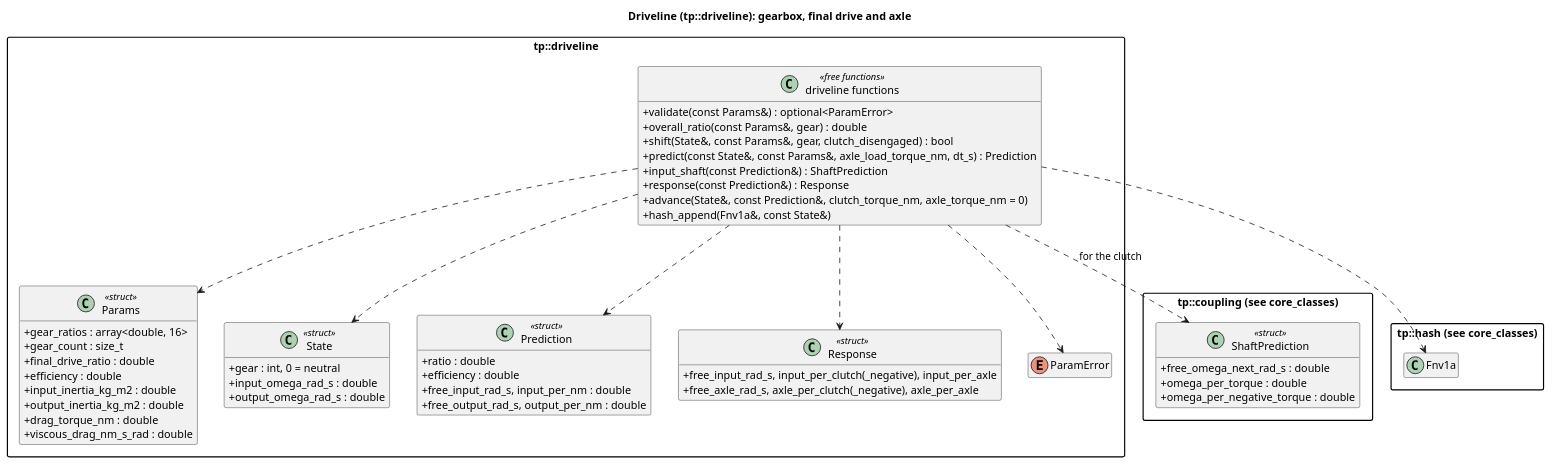
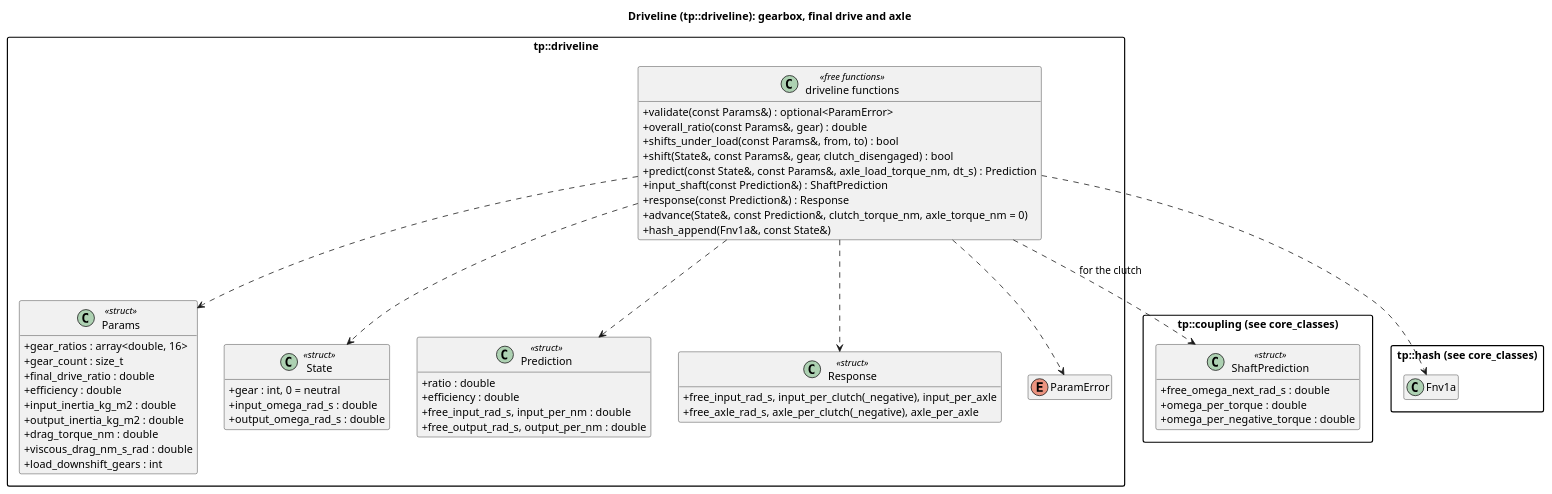
One commit to wversteeg/TractorPulling changed the diagram in docs/diagrams/driveline_classes.puml. Above: the diagram before and after it, drawn with PlantUML. The commit also changed 17 other files, not shown here.

First line of the commit message:
Shifting one gear down under load, the clutch in

```diff
--- a/docs/diagrams/driveline_classes.puml
+++ b/docs/diagrams/driveline_classes.puml
@@ -1,63 +1,65 @@
 @startuml driveline_classes
 title Driveline (tp::driveline): gearbox, final drive and axle
 hide empty members
 skinparam packageStyle rectangle
 skinparam classAttributeIconSize 0
 
 package "tp::coupling (see core_classes)" {
   class ShaftPrediction <<struct>> {
     +free_omega_next_rad_s : double
     +omega_per_torque : double
     +omega_per_negative_torque : double
   }
 }
 package "tp::hash (see core_classes)" {
   class Fnv1a
 }
 
 package "tp::driveline" {
   class Params <<struct>> {
     +gear_ratios : array<double, 16>
     +gear_count : size_t
     +final_drive_ratio : double
     +efficiency : double
     +input_inertia_kg_m2 : double
     +output_inertia_kg_m2 : double
     +drag_torque_nm : double
     +viscous_drag_nm_s_rad : double
+    +load_downshift_gears : int
   }
   class State <<struct>> {
     +gear : int, 0 = neutral
     +input_omega_rad_s : double
     +output_omega_rad_s : double
   }
   class Prediction <<struct>> {
     +ratio : double
     +efficiency : double
     +free_input_rad_s, input_per_nm : double
     +free_output_rad_s, output_per_nm : double
   }
   class Response <<struct>> {
     +free_input_rad_s, input_per_clutch(_negative), input_per_axle
     +free_axle_rad_s, axle_per_clutch(_negative), axle_per_axle
   }
   enum ParamError
   class "driveline functions" as DrivelineFns <<free functions>> {
     +validate(const Params&) : optional<ParamError>
     +overall_ratio(const Params&, gear) : double
+    +shifts_under_load(const Params&, from, to) : bool
     +shift(State&, const Params&, gear, clutch_disengaged) : bool
     +predict(const State&, const Params&, axle_load_torque_nm, dt_s) : Prediction
     +input_shaft(const Prediction&) : ShaftPrediction
     +response(const Prediction&) : Response
     +advance(State&, const Prediction&, clutch_torque_nm, axle_torque_nm = 0)
     +hash_append(Fnv1a&, const State&)
   }
   DrivelineFns ..> Params
   DrivelineFns ..> State
   DrivelineFns ..> Prediction
   DrivelineFns ..> Response
   DrivelineFns ..> ParamError
 }
 DrivelineFns ..> ShaftPrediction : for the clutch
 DrivelineFns ..> Fnv1a
 @enduml
```
